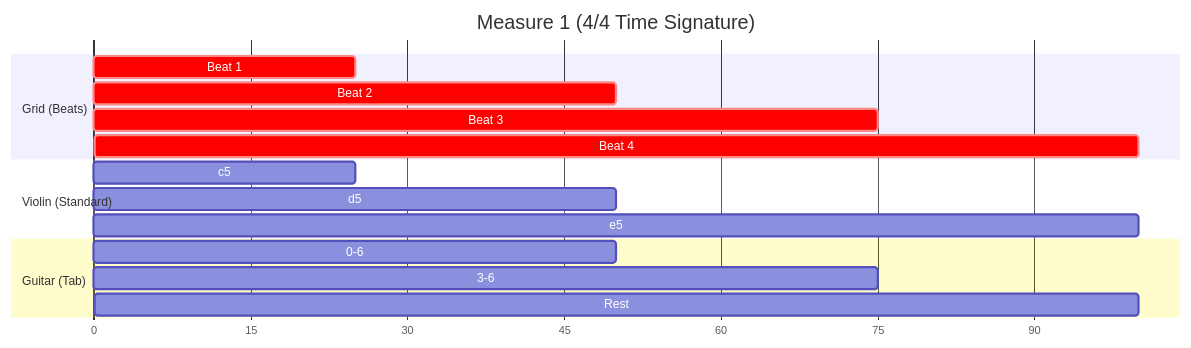
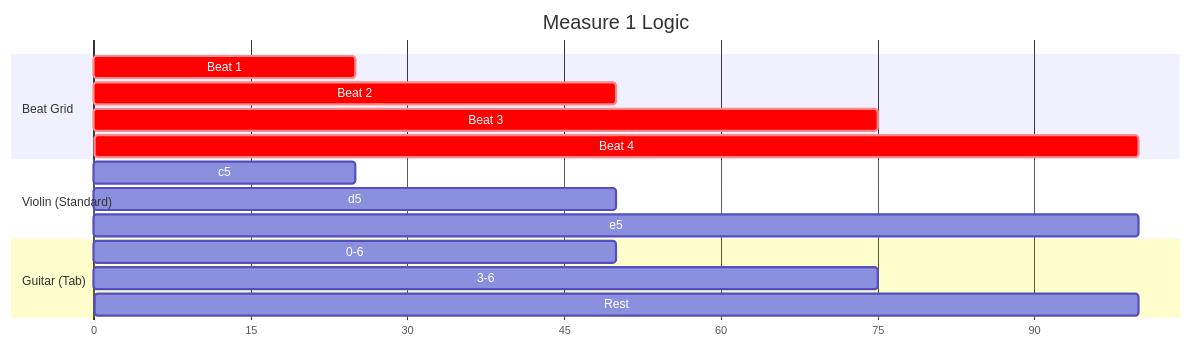
The second of 4 diagrams in Readme.md (alec-borman/OmniScoreNotationLanguage), drawn with Mermaid before and after one commit. The commit also changed other lines of this file, not shown here.

````diff
--- a/Readme.md
+++ b/Readme.md
@@ -437,22 +57,22 @@
 ```mermaid
 gantt
-    title Measure 1 (4/4 Time Signature)
+    title Measure 1 Logic
     dateFormat X
     axisFormat %s
     
-    section Grid (Beats)
+    section Beat Grid
     Beat 1 : crit, 0, 25
     Beat 2 : crit, 25, 50
     Beat 3 : crit, 50, 75
     Beat 4 : crit, 75, 100
 
     section Violin (Standard)
     c5:4 (Quarter)  : active, 0, 25
     d5:4 (Quarter)  : active, 25, 50
     e5:2 (Half)     : active, 50, 100
 
     section Guitar (Tab)
     0-6:2 (Half Note) : done, 0, 50
     3-6:4 (Quarter)   : done, 50, 75
     Rest:4            : done, 75, 100
 ```
````
